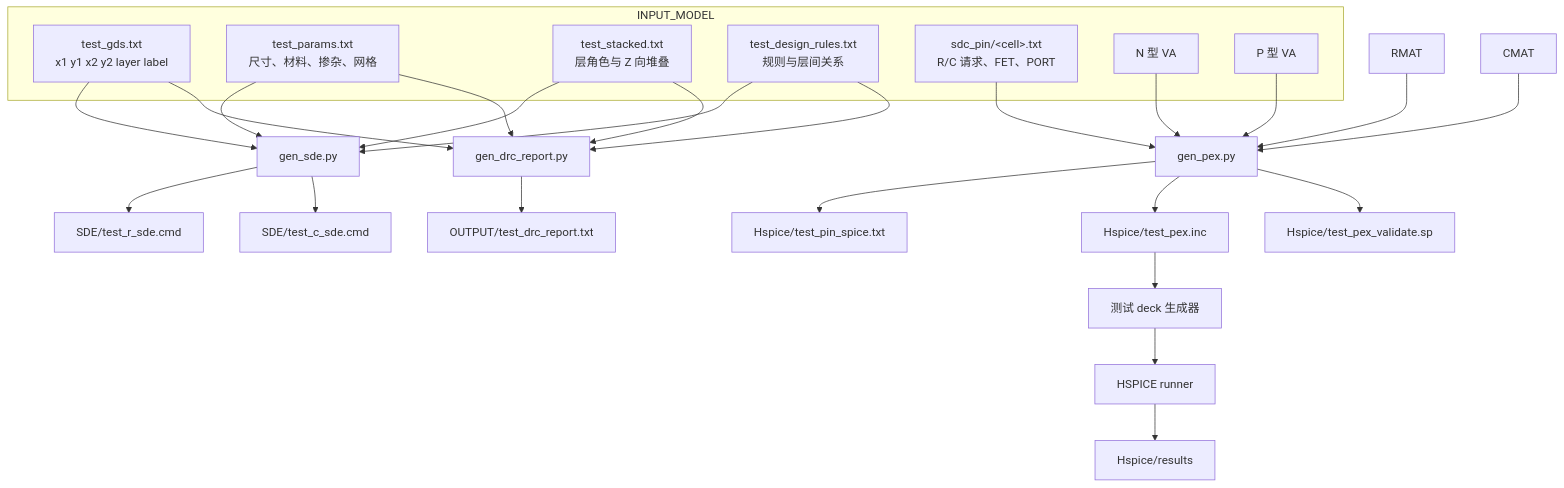
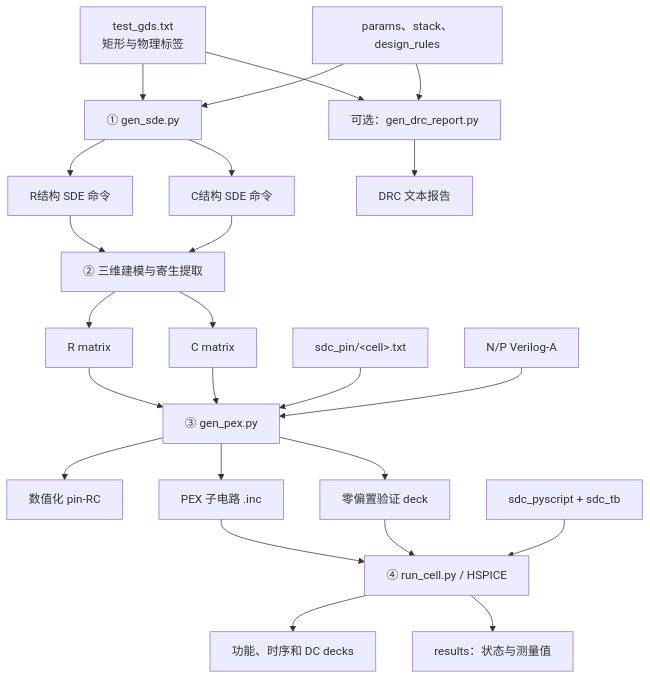
The second of 5 diagrams in readme.md (Tengfei2002/AutoLDM), drawn with Mermaid before and after one commit. The commit also changed other lines of this file and 2 other files, not shown here.

````diff
--- a/readme.md
+++ b/readme.md
@@ -58,38 +45,29 @@
 ```mermaid
 flowchart TD
-    subgraph INPUT[INPUT_MODEL]
-        GDS[test_gds.txt<br/>x1 y1 x2 y2 layer label]
-        PAR[test_params.txt<br/>尺寸、材料、掺杂、网格]
-        STK[test_stacked.txt<br/>层角色与 Z 向堆叠]
-        DRC[test_design_rules.txt<br/>规则与层间关系]
-        PINS[sdc_pin/&lt;cell&gt;.txt<br/>R/C 请求、FET、PORT]
-        NV[N 型 VA]
-        PV[P 型 VA]
-    end
+    GEO["test_gds.txt<br/>矩形与物理标签"] --> SDEGEN["① gen_sde.py"]
+    TECH["params、stack、design_rules"] --> SDEGEN
+    GEO --> DRCGEN["可选：gen_drc_report.py"]
+    TECH --> DRCGEN
 
-    GDS --> GS[gen_sde.py]
-    PAR --> GS
-    STK --> GS
-    DRC --> GS
-    GDS --> GD[gen_drc_report.py]
-    PAR --> GD
-    STK --> GD
-    DRC --> GD
+    SDEGEN --> RDECK["R结构 SDE 命令"]
+    SDEGEN --> CDECK["C结构 SDE 命令"]
+    RDECK --> EXTRACT["② 三维建模与寄生提取"]
+    CDECK --> EXTRACT
+    EXTRACT --> RMAT["R matrix"]
+    EXTRACT --> CMAT["C matrix"]
+    DRCGEN --> DRPT["DRC 文本报告"]
 
-    GS --> RCMD[SDE/test_r_sde.cmd]
-    GS --> CCMD[SDE/test_c_sde.cmd]
-    GD --> DRPT[OUTPUT/test_drc_report.txt]
-    RMAT --> GP[gen_pex.py]
-    CMAT --> GP
-    PINS --> GP
-    NV --> GP
-    PV --> GP
-    GP --> PRC[Hspice/test_pin_spice.txt]
-    GP --> LIB[Hspice/test_pex.inc]
-    GP --> VSP[Hspice/test_pex_validate.sp]
+    RMAT --> PEX["③ gen_pex.py"]
+    CMAT --> PEX
+    PINS["sdc_pin/&lt;cell&gt;.txt"] --> PEX
+    MODEL["N/P Verilog-A"] --> PEX
+    PEX --> PINRC["数值化 pin-RC"]
+    PEX --> LIB["PEX 子电路 .inc"]
+    PEX --> VSP["零偏置验证 deck"]
 
-
-    LIB --> TBG[测试 deck 生成器]
-    TBG --> SPRUN[HSPICE runner]
-    SPRUN --> RES[Hspice/results]
+    LIB --> RUN["④ run_cell.py / HSPICE"]
+    VSP --> RUN
+    CASE["sdc_pyscript + sdc_tb"] --> RUN
+    RUN --> DECKS["功能、时序和 DC decks"]
+    RUN --> RES["results：状态与测量值"]
 ```
````
